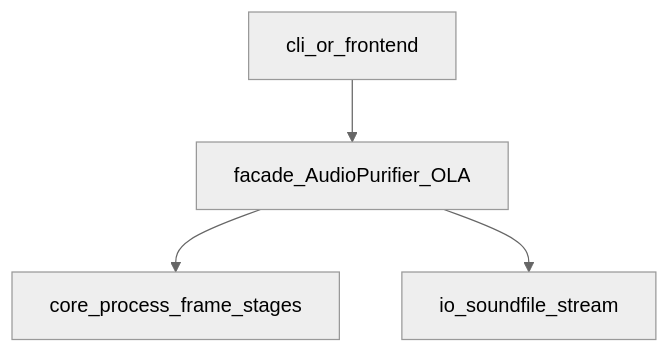
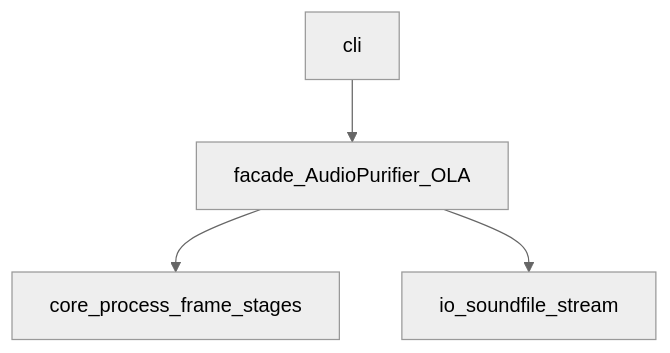
The diagram in docs/PHASE0_BRANCH_GUIDE.md (ArmedHelicopter/Hankel-Stereo-Purify), drawn with Mermaid (neutral theme) before and after one commit. The commit also changed other lines of this file and 4 other files, not shown here.

````diff
--- a/docs/PHASE0_BRANCH_GUIDE.md
+++ b/docs/PHASE0_BRANCH_GUIDE.md
@@ -94,10 +93,10 @@
 ```mermaid
 flowchart TB
-  cli[cli_or_frontend]
+  cli[cli]
   facade[facade_AudioPurifier_OLA]
   core[core_process_frame_stages]
   io[io_soundfile_stream]
   cli --> facade
   facade --> core
   facade --> io
 ```
````
